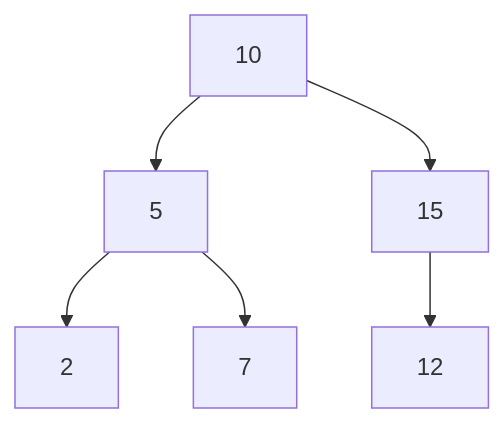
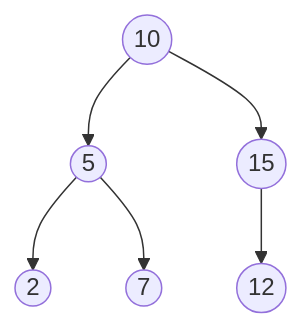
The sixth of 11 diagrams in cst/6binnode/Ex6a3binnode.md (3strategy/BeautifulMivney), drawn with Mermaid before and after one commit. The commit also changed other lines of this file and 3 other files, not shown here.

````diff
--- a/cst/6binnode/Ex6a3binnode.md
+++ b/cst/6binnode/Ex6a3binnode.md
@@ -165,8 +165,8 @@
     ```mermaid
     flowchart TB
-      A[10] --> B[5]
-      A --> C[15]
-      B --> D[2]:::leaf
-      B --> E[7]:::leaf
-      C --> F[12]:::leaf
+      A((10)) --> B((5))
+      A --> C((15))
+      B --> D((2)):::leaf
+      B --> E((7)):::leaf
+      C --> F((12)):::leaf
     ```
````
